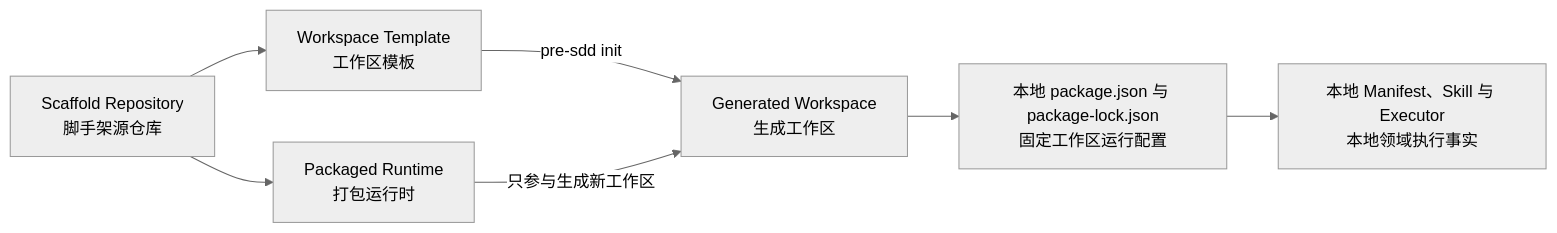
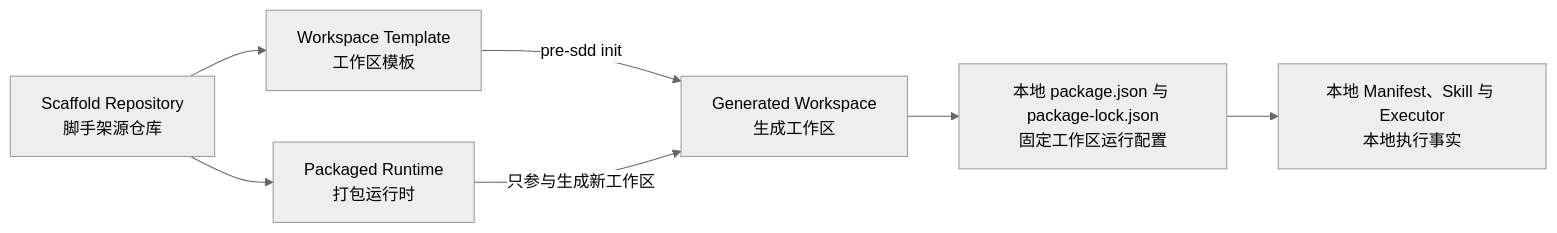
One commit to bigsmartben/pre-sdd changed the second of 2 diagrams in .psp/harness/HARNESS-BOUNDARY.md. Above: the diagram before and after it, drawn with Mermaid (neutral theme). The commit also changed other lines of this file and 16 other files, not shown here.

````diff
--- a/.psp/harness/HARNESS-BOUNDARY.md
+++ b/.psp/harness/HARNESS-BOUNDARY.md
@@ -7,9 +25,9 @@
 ```mermaid
 flowchart LR
     S["Scaffold Repository<br/>脚手架源仓库"] --> T["Workspace Template<br/>工作区模板"]
     S --> R["Packaged Runtime<br/>打包运行时"]
     T -->|"pre-sdd init"| W["Generated Workspace<br/>生成工作区"]
     R -->|"只参与生成新工作区"| W
     W --> P["本地 package.json 与 package-lock.json<br/>固定工作区运行配置"]
-    P --> E["本地 Manifest、Skill 与 Executor<br/>本地领域执行事实"]
+    P --> E["本地 Manifest、Skill 与 Executor<br/>本地执行事实"]
 ```
````
